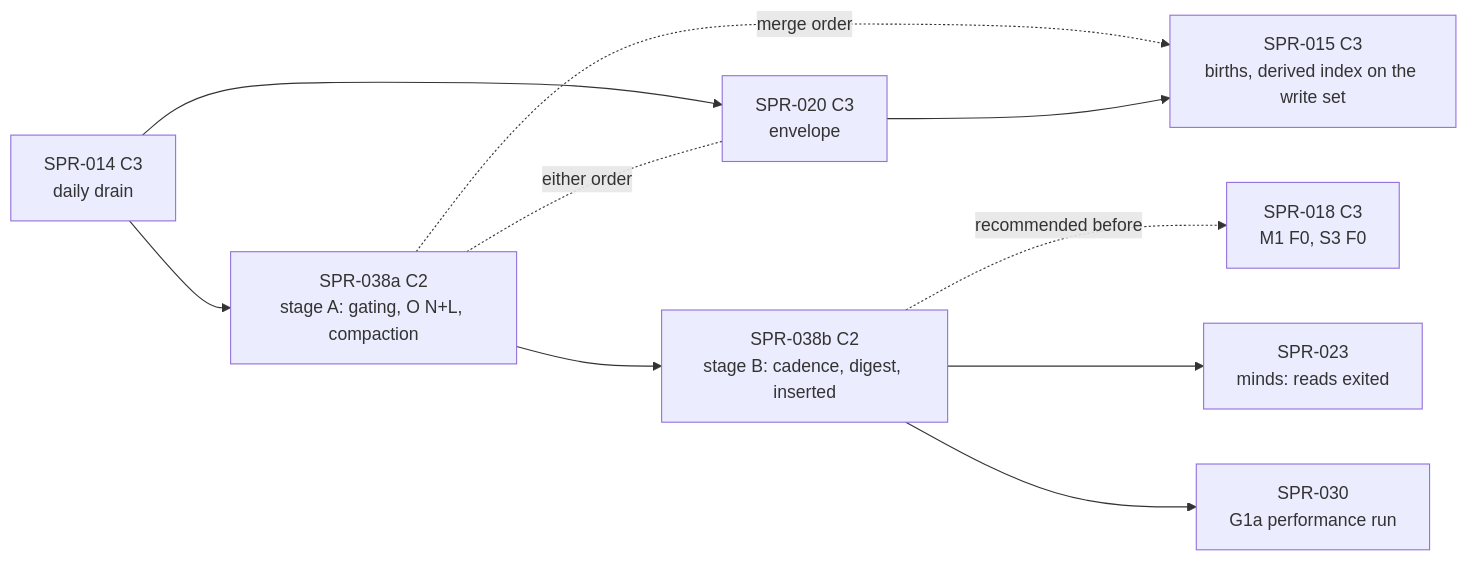
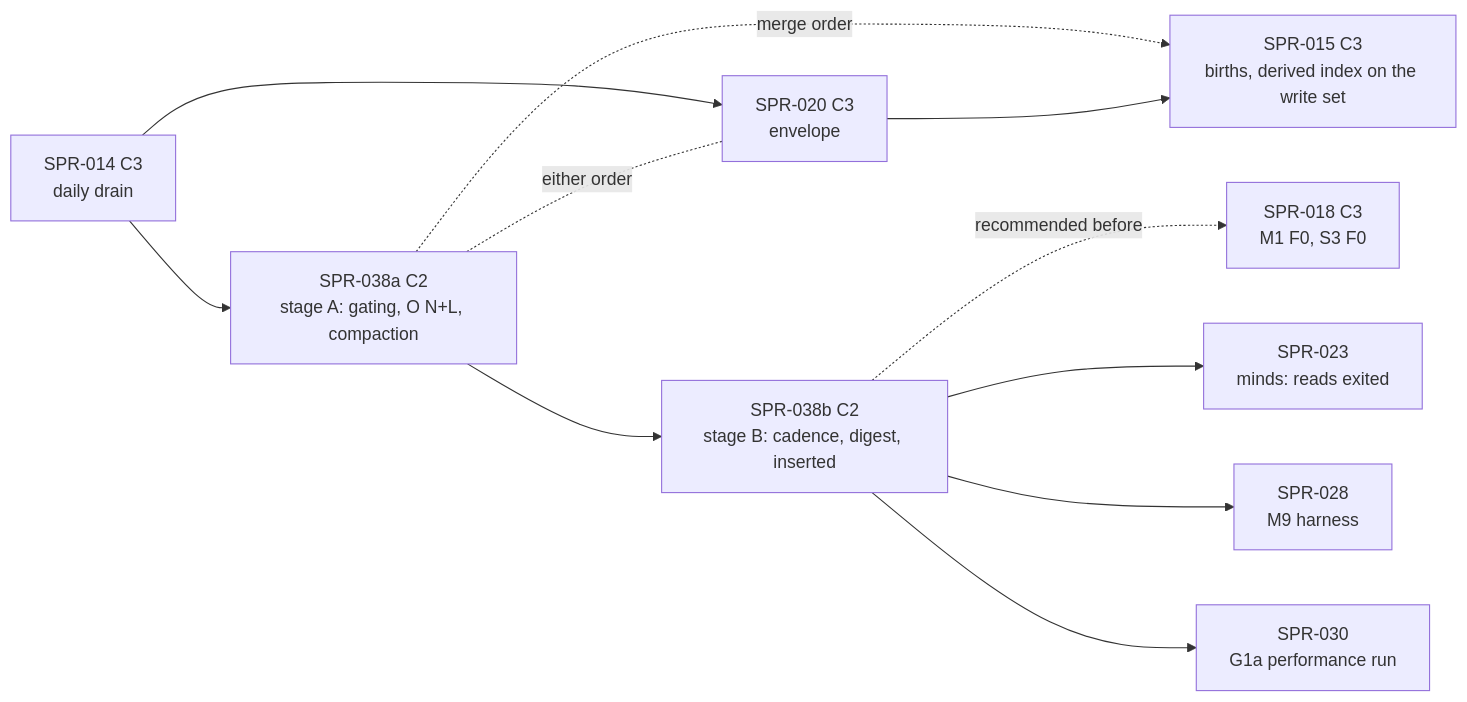
The diagram in CODEX/05_PROJECT/SPR-038_PerInstantCost.md (BigRigVibeCoder/Rehoboam), drawn with Mermaid before and after one commit. The commit also changed other lines of this file and 3 other files, not shown here.

````diff
--- a/CODEX/05_PROJECT/SPR-038_PerInstantCost.md
+++ b/CODEX/05_PROJECT/SPR-038_PerInstantCost.md
@@ -447,12 +482,13 @@
 ```mermaid
 flowchart LR
   S014[SPR-014 C3<br/>daily drain] --> S038a[SPR-038a C2<br/>stage A: gating, O N+L, compaction]
   S014 --> S020[SPR-020 C3<br/>envelope]
   S038a -.either order.- S020
   S038a -.merge order.-> S015[SPR-015 C3<br/>births, derived index on the write set]
   S020 --> S015
   S038a --> S038b[SPR-038b C2<br/>stage B: cadence, digest, inserted]
   S038b -.recommended before.-> S018[SPR-018 C3<br/>M1 F0, S3 F0]
   S038b --> S023[SPR-023<br/>minds: reads exited]
+  S038b --> S028[SPR-028<br/>M9 harness]
   S038b --> S030[SPR-030<br/>G1a performance run]
 ```
````
